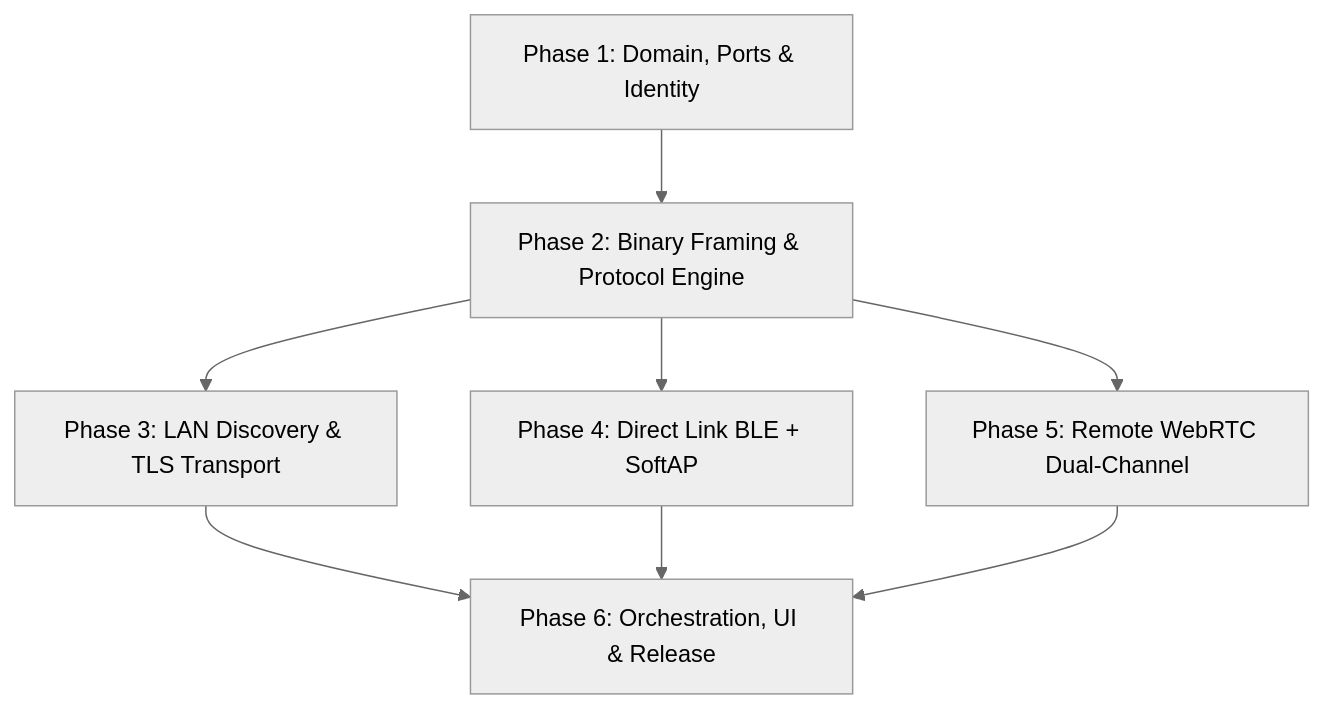
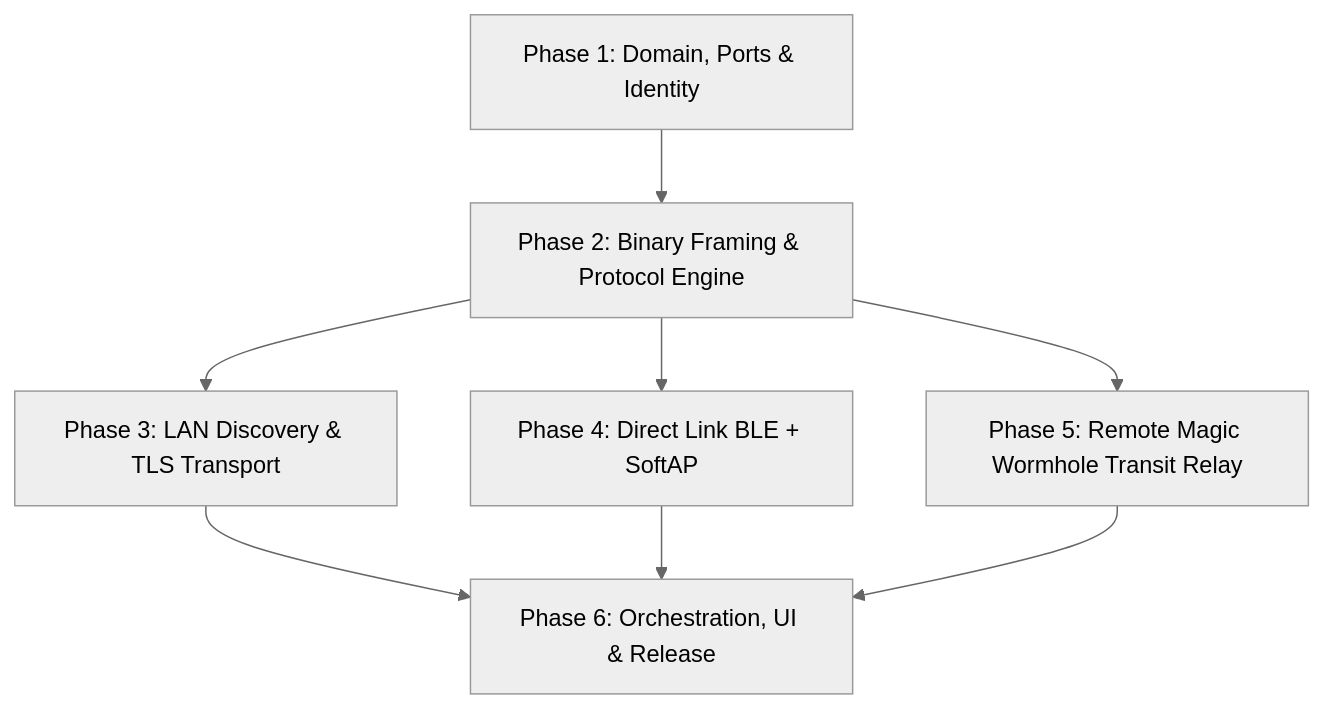
The diagram in planning/00_MASTER_ROADMAP.md (PrudviTeja99/neresend), drawn with Mermaid (neutral theme) before and after one commit. The commit also changed other lines of this file and 64 other files, not shown here.

First line of the commit message:
feat: add LocalSend-style device naming, wormhole transit relay transport, and speed calculations

````diff
--- a/planning/00_MASTER_ROADMAP.md
+++ b/planning/00_MASTER_ROADMAP.md
@@ -34,10 +34,10 @@
 ```mermaid
 graph TD
     P1[Phase 1: Domain, Ports & Identity] --> P2[Phase 2: Binary Framing & Protocol Engine]
     P2 --> P3[Phase 3: LAN Discovery & TLS Transport]
     P2 --> P4[Phase 4: Direct Link BLE + SoftAP]
-    P2 --> P5[Phase 5: Remote WebRTC Dual-Channel]
+    P2 --> P5[Phase 5: Remote Magic Wormhole Transit Relay]
     P3 --> P6[Phase 6: Orchestration, UI & Release]
     P4 --> P6
     P5 --> P6
 ```
````
